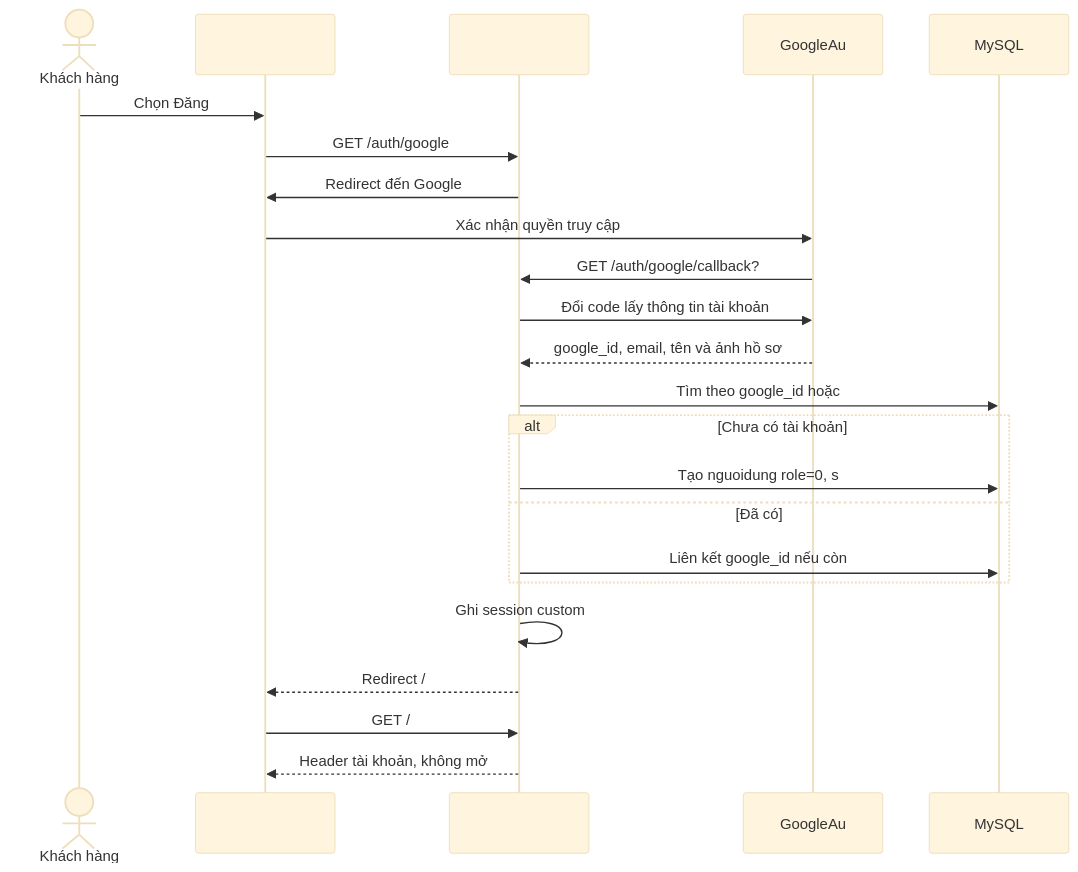
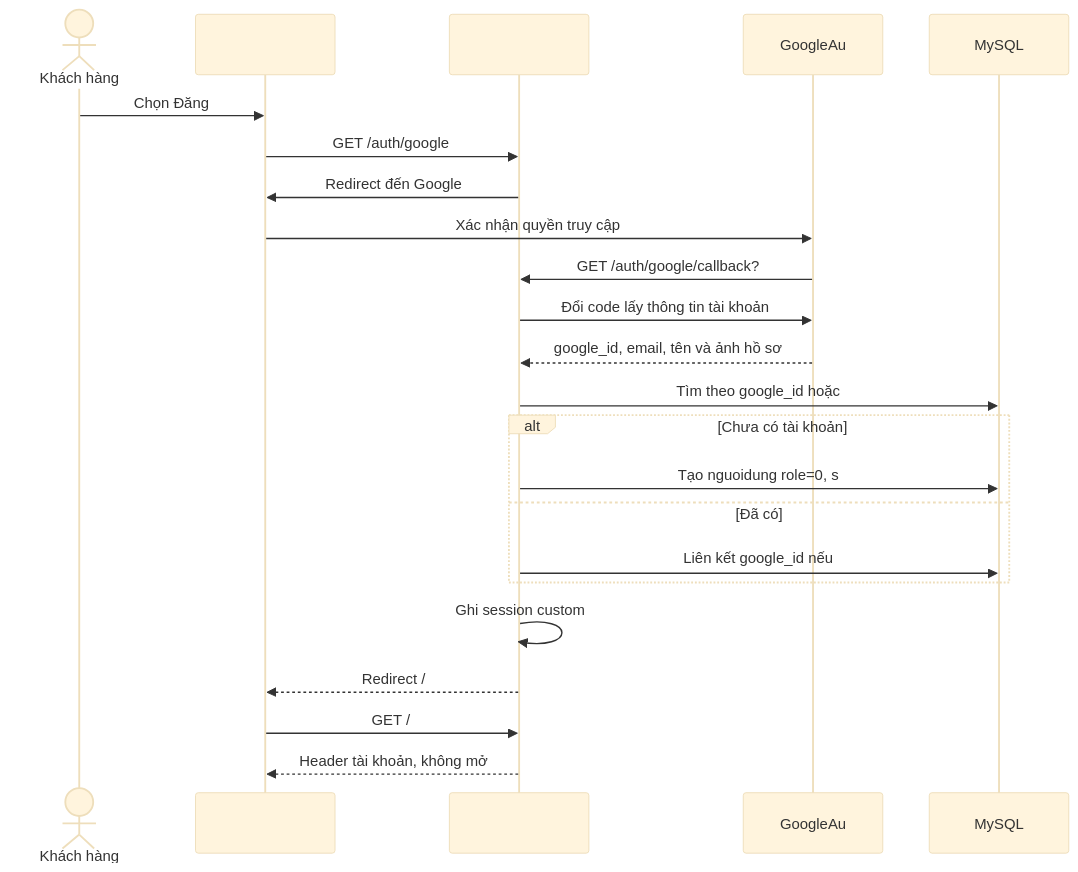
One commit to ThuanDepzai03/DuAnTotNghiep changed the third of 4 diagrams in README.md. Above: the diagram before and after it, drawn with Mermaid (base theme).

Commit message:
sửa sản phẩm

````diff
--- a/README.md
+++ b/README.md
@@ -715,26 +715,26 @@
 ```mermaid
 sequenceDiagram
         actor Customer as Khách hàng
         participant Browser as 
         participant Laravel as
         participant Google as GoogleAu
         participant DB as MySQL
 
         Customer->>Browser: Chọn Đăng
         Browser->>Laravel: GET /auth/google
         Laravel->>Browser: Redirect đến Google
         Browser->>Google: Xác nhận quyền truy cập
         Google->>Laravel: GET /auth/google/callback?
         Laravel->>Google: Đổi code lấy thông tin tài khoản
         Google-->>Laravel: google_id, email, tên và ảnh hồ sơ
         Laravel->>DB: Tìm theo google_id hoặc
         alt Chưa có tài khoản
                 Laravel->>DB: Tạo nguoidung role=0, s
         else Đã có
-                Laravel->>DB: Liên kết google_id nếu còn 
+                Laravel->>DB: Liên kết google_id nếu
         end
         Laravel->>Laravel: Ghi session custom
         Laravel-->>Browser: Redirect /
         Browser->>Laravel: GET /
         Laravel-->>Browser: Header tài khoản, không mở
 ```
````
